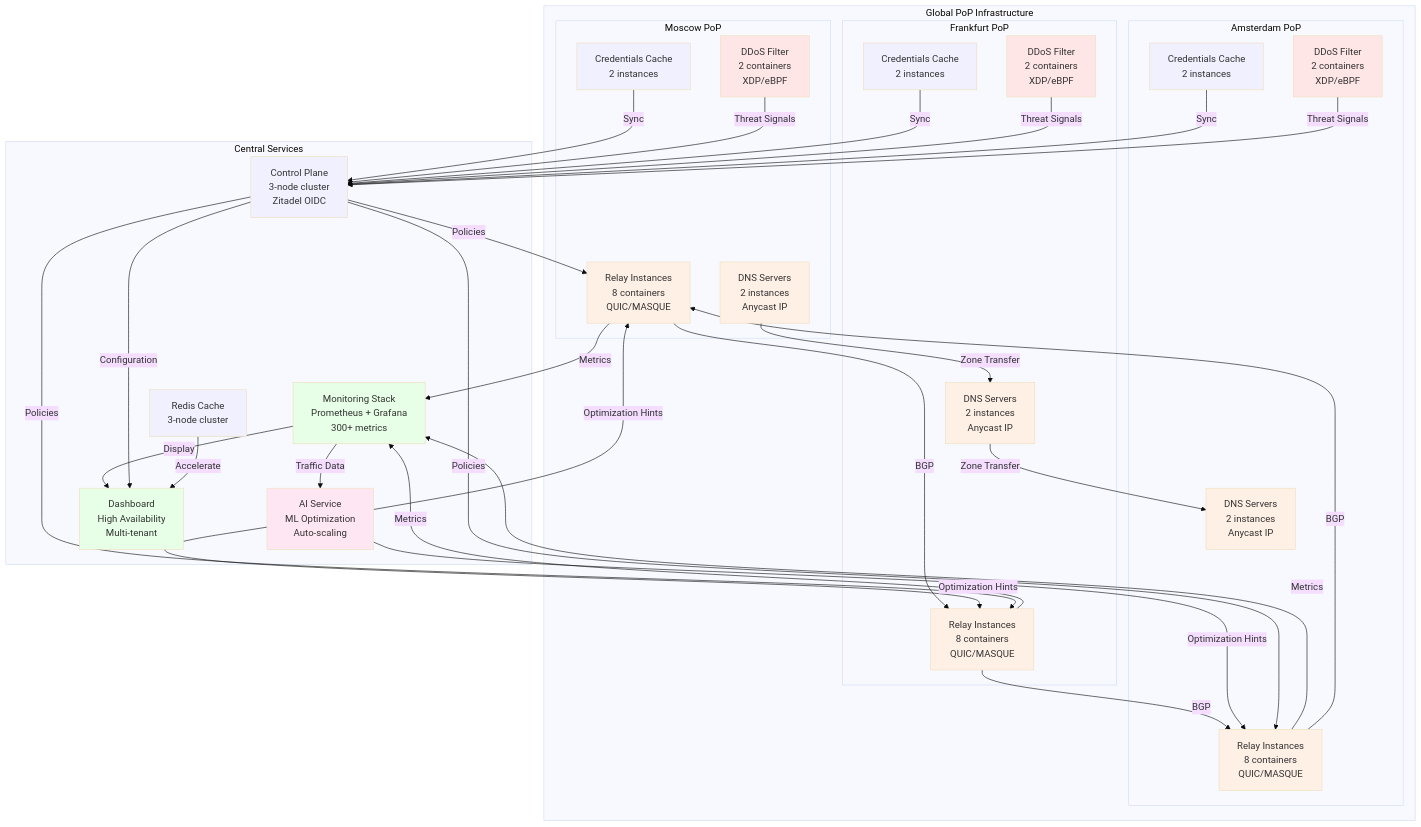
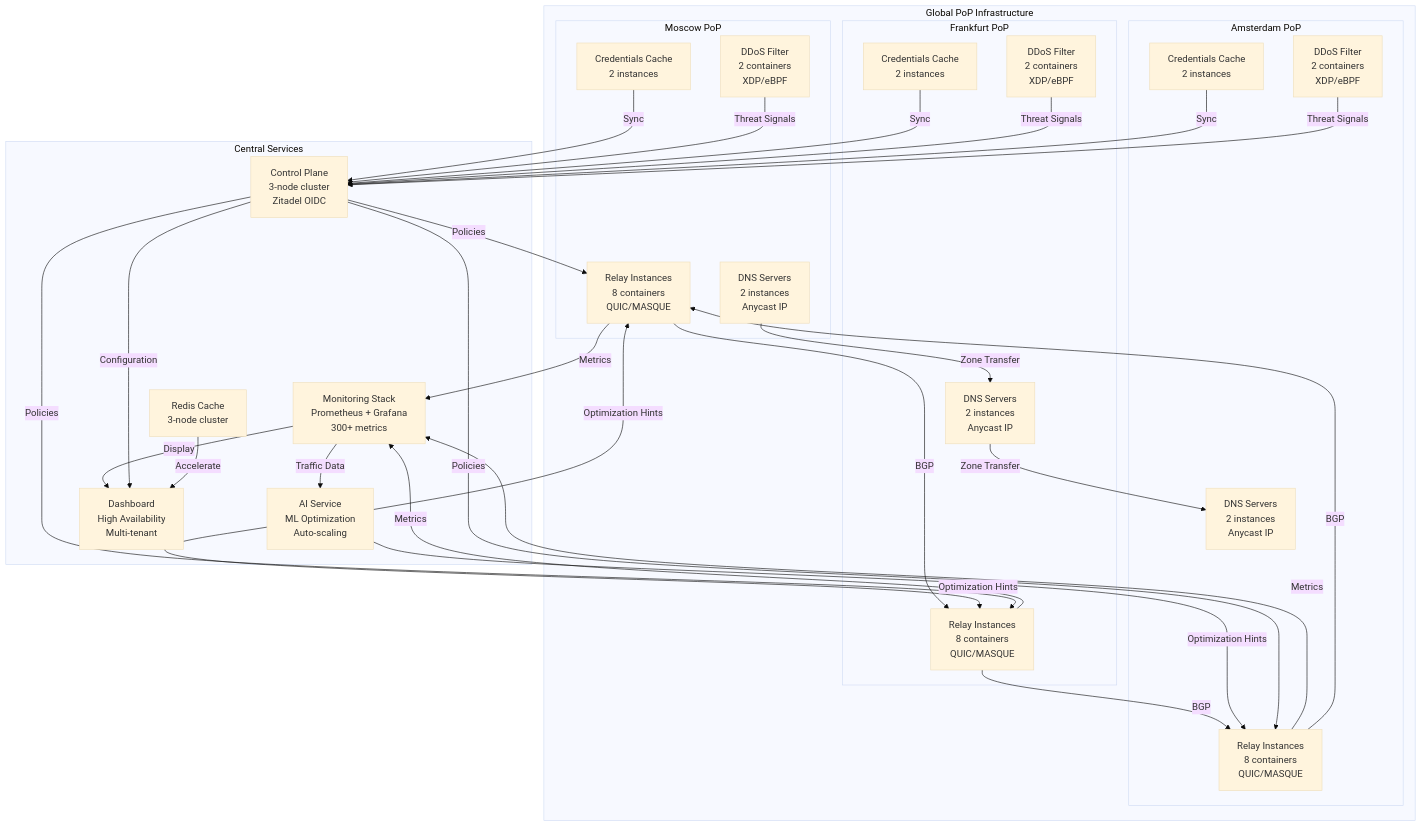
The third of 3 diagrams in ARCHITECTURE/PROJECT_OVERVIEW.md (twogc/cloudbridge-docs), drawn with Mermaid (base theme) before and after one commit. The commit also changed other lines of this file and 1 other file, not shown here.

````diff
--- a/ARCHITECTURE/PROJECT_OVERVIEW.md
+++ b/ARCHITECTURE/PROJECT_OVERVIEW.md
@@ -568,22 +587,4 @@
     MONITOR -->|Display| DASHBOARD
     CONTROL -->|Configuration| DASHBOARD
     CACHE -->|Accelerate| DASHBOARD
-
-    style CONTROL fill:#f0f0ff
-    style AI fill:#ffe6f3
-    style MONITOR fill:#e6ffe6
-    style DASHBOARD fill:#e6ffe6
-    style CACHE fill:#f0f0ff
-    style MOS_DNS fill:#fff0e6
-    style FRANK_DNS fill:#fff0e6
-    style AMS_DNS fill:#fff0e6
-    style MOS_CREDS fill:#f0f0ff
-    style FRANK_CREDS fill:#f0f0ff
-    style AMS_CREDS fill:#f0f0ff
-    style MOS_DDOS fill:#ffe6e6
-    style FRANK_DDOS fill:#ffe6e6
-    style AMS_DDOS fill:#ffe6e6
-    style MOS_RELAY fill:#fff0e6
-    style FRANK_RELAY fill:#fff0e6
-    style AMS_RELAY fill:#fff0e6
 ```
````
